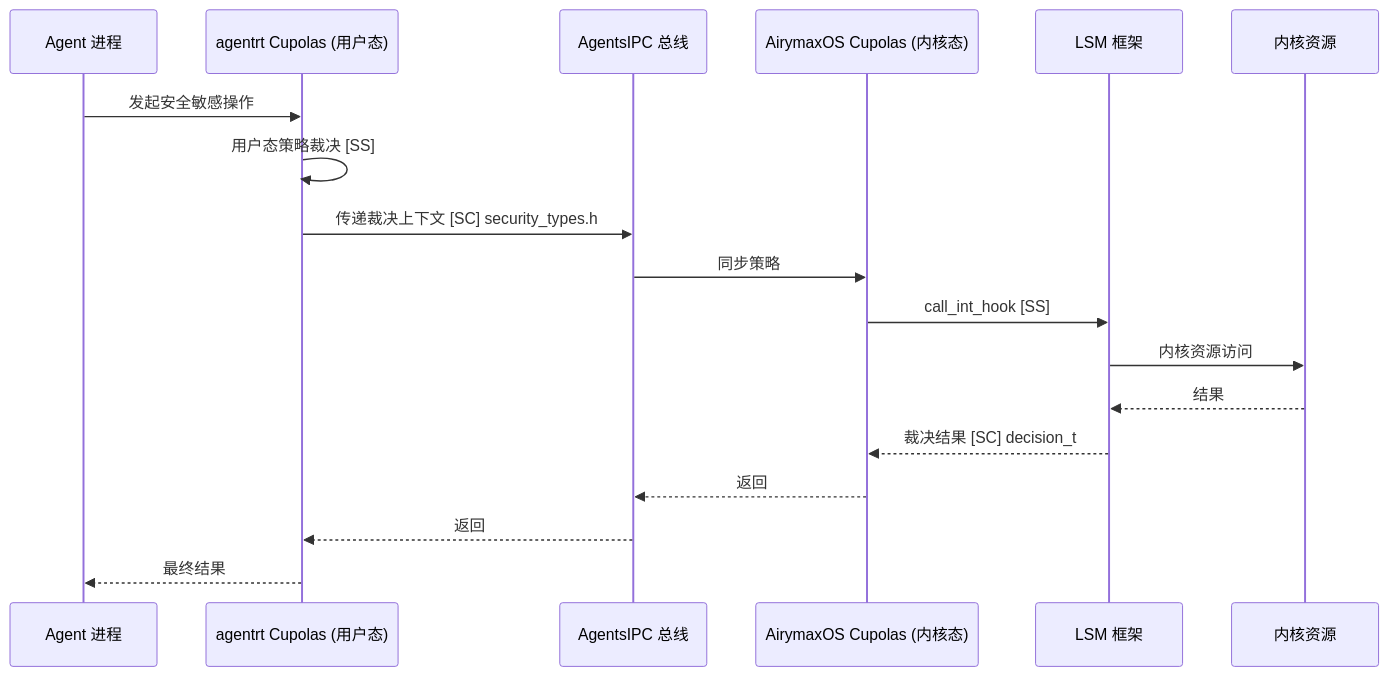
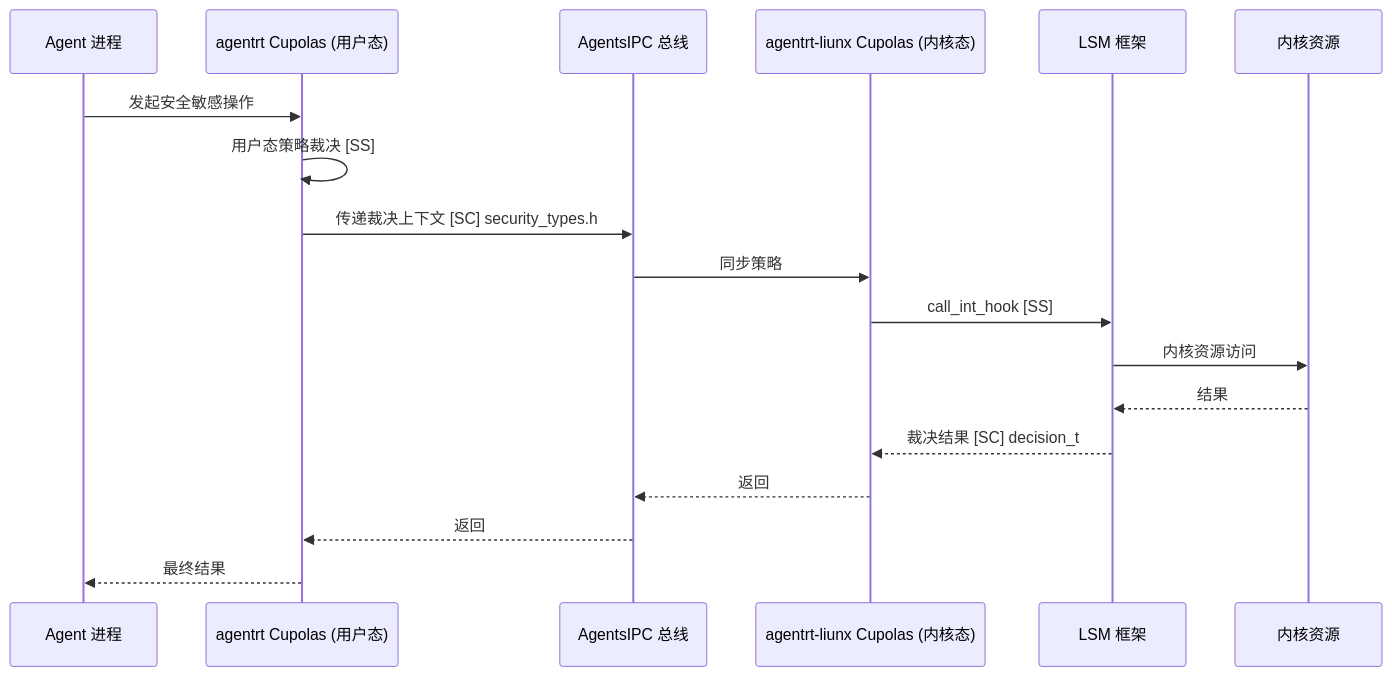
Before and after one commit to openairymax/docs: the diagram in AirymaxAgentOS/20-modules/03-security.md, drawn with Mermaid. The commit also changed other lines of this file and 99 other files, not shown here.

````diff
--- a/AirymaxAgentOS/20-modules/03-security.md
+++ b/AirymaxAgentOS/20-modules/03-security.md
@@ -458,21 +458,21 @@
 ```mermaid
 sequenceDiagram
     participant AGENT as Agent 进程
     participant CUP_U as agentrt Cupolas (用户态)
     participant IPC as AgentsIPC 总线
-    participant CUP_K as AirymaxOS Cupolas (内核态)
+    participant CUP_K as agentrt-liunx Cupolas (内核态)
     participant LSM as LSM 框架
     participant KRES as 内核资源
 
     AGENT->>CUP_U: 发起安全敏感操作
     CUP_U->>CUP_U: 用户态策略裁决 [SS]
     CUP_U->>IPC: 传递裁决上下文 [SC] security_types.h
     IPC->>CUP_K: 同步策略
     CUP_K->>LSM: call_int_hook [SS]
     LSM->>KRES: 内核资源访问
     KRES-->>LSM: 结果
     LSM-->>CUP_K: 裁决结果 [SC] decision_t
     CUP_K-->>IPC: 返回
     IPC-->>CUP_U: 返回
     CUP_U-->>AGENT: 最终结果
 ```
````
